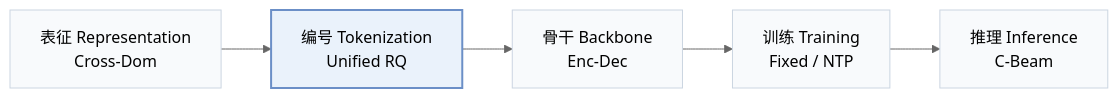
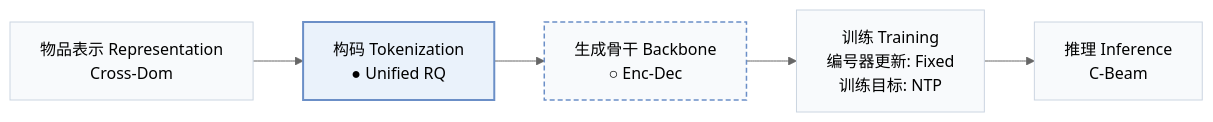
The first of 3 diagrams in pages/zh/papers/gmc.md (Galaxy-ghost/Awesome-SID-Generative-Rec), drawn with Mermaid (neutral theme) before and after one commit. The commit also changed other lines of this file and 558 other files, not shown here.

````diff
--- a/pages/zh/papers/gmc.md
+++ b/pages/zh/papers/gmc.md
@@ -15,8 +19,10 @@
 ```mermaid
 flowchart LR
-    R["表征 Representation<br/>Cross-Dom"] --> T["编号 Tokenization<br/>Unified RQ"] --> B["骨干 Backbone<br/>Enc-Dec"] --> TR["训练 Training<br/>Fixed / NTP"] --> I["推理 Inference<br/>C-Beam"]
+    R["物品表示 Representation<br/>Cross-Dom"] --> T["构码 Tokenization<br/>● Unified RQ"] --> B["生成骨干 Backbone<br/>○ Enc-Dec"] --> TR["训练 Training<br/>编号器更新: Fixed<br/>训练目标: NTP"] --> I["推理 Inference<br/>C-Beam"]
     classDef base fill:#f8fafc,stroke:#cbd5e1
     class R,T,B,TR,I base
+    classDef other fill:#f8fafc,stroke:#6b8fc7,stroke-width:1.5px,stroke-dasharray:5 3
+    class B other
     classDef main fill:#eaf2fb,stroke:#6b8fc7,stroke-width:2px
     class T main
 ```
````
